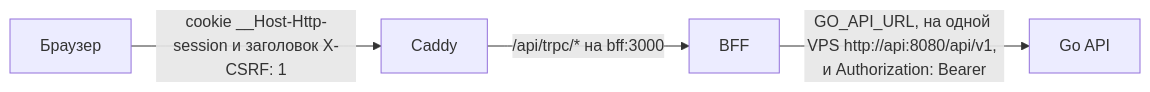
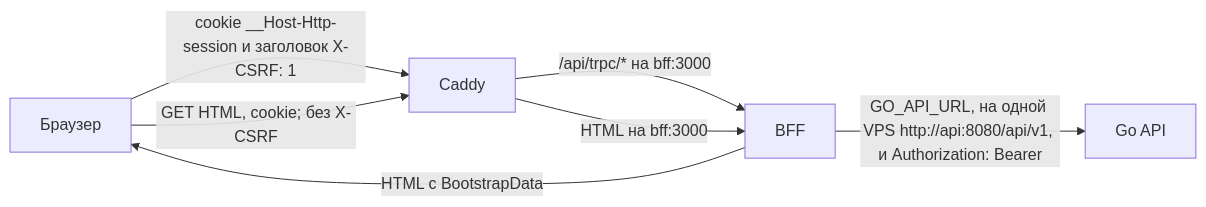
The second of 3 diagrams in site/modules/2/tracks/bff.md (Cringe-Driven-Development-Team/docs), drawn with Mermaid before and after one commit. The commit also changed other lines of this file and 6 other files, not shown here.

Commit message:
docs(bff): добавлен проект серверного bootstrap

````diff
--- a/site/modules/2/tracks/bff.md
+++ b/site/modules/2/tracks/bff.md
@@ -67,6 +71,9 @@
 ```mermaid
 flowchart LR
     B["Браузер"] -->|"cookie __Host-Http-session и заголовок X-CSRF: 1"| C["Caddy"]
     C -->|"/api/trpc/* на bff:3000"| P["BFF"]
+    B -->|"GET HTML, cookie; без X-CSRF"| C
+    C -->|"HTML на bff:3000"| P
+    P -->|"HTML с BootstrapData"| B
     P -->|"GO_API_URL, на одной VPS http://api:8080/api/v1, и Authorization: Bearer"| A["Go API"]
 ```
````
